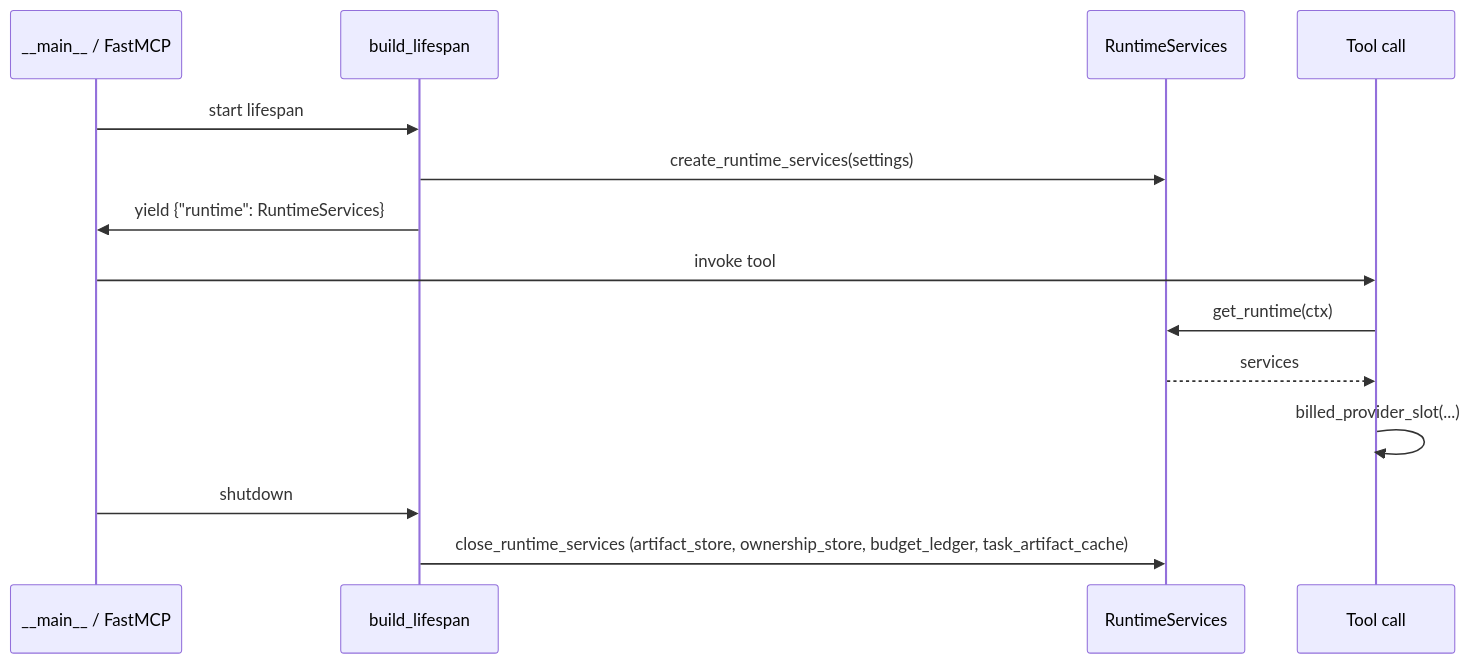
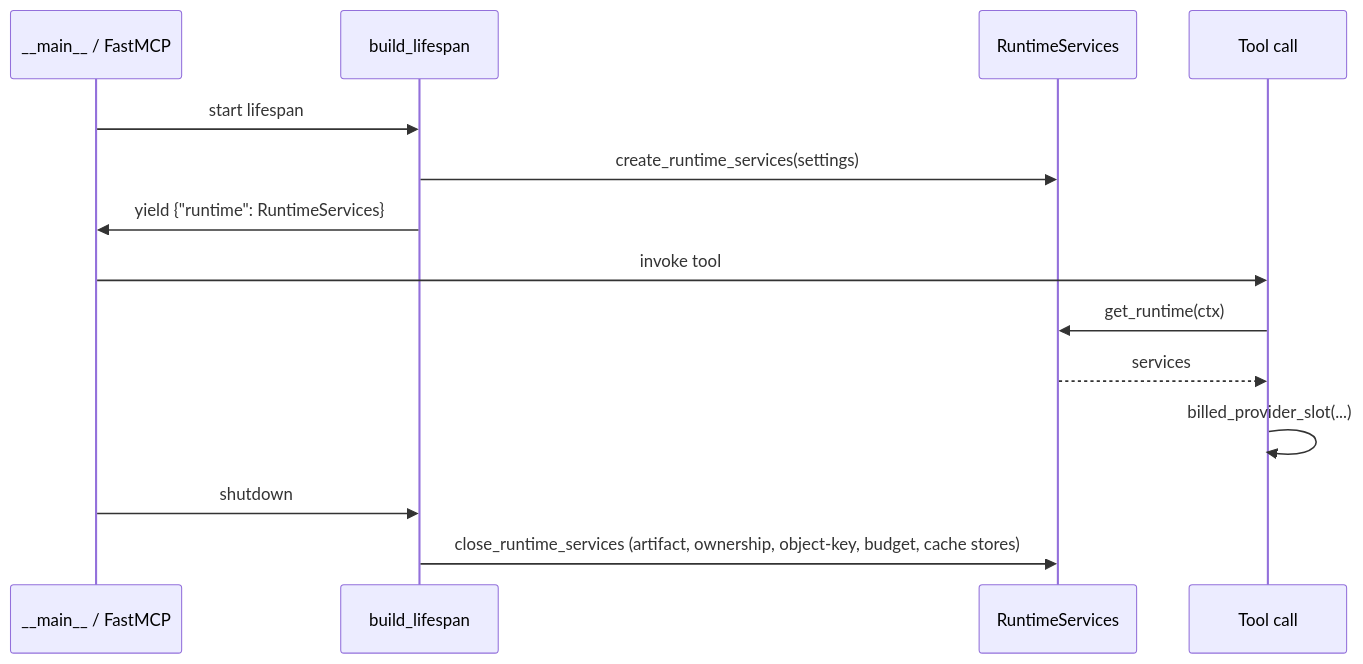
One commit to byteplus-sa/modelark-mcp changed the second of 3 diagrams in docs/architecture.md. Above: the diagram before and after it, drawn with Mermaid. The commit also changed other lines of this file and 11 other files, not shown here.

````diff
--- a/docs/architecture.md
+++ b/docs/architecture.md
@@ -103,16 +103,16 @@
 ```mermaid
 sequenceDiagram
     participant M as __main__ / FastMCP
     participant L as build_lifespan
     participant R as RuntimeServices
     participant T as Tool call
     M->>L: start lifespan
     L->>R: create_runtime_services(settings)
     L->>M: yield {"runtime": RuntimeServices}
     M->>T: invoke tool
     T->>R: get_runtime(ctx)
     R-->>T: services
     T->>T: billed_provider_slot(...)
     M->>L: shutdown
-    L->>R: close_runtime_services (artifact_store, ownership_store, budget_ledger, task_artifact_cache)
+    L->>R: close_runtime_services (artifact, ownership, object-key, budget, cache stores)
 ```
````
